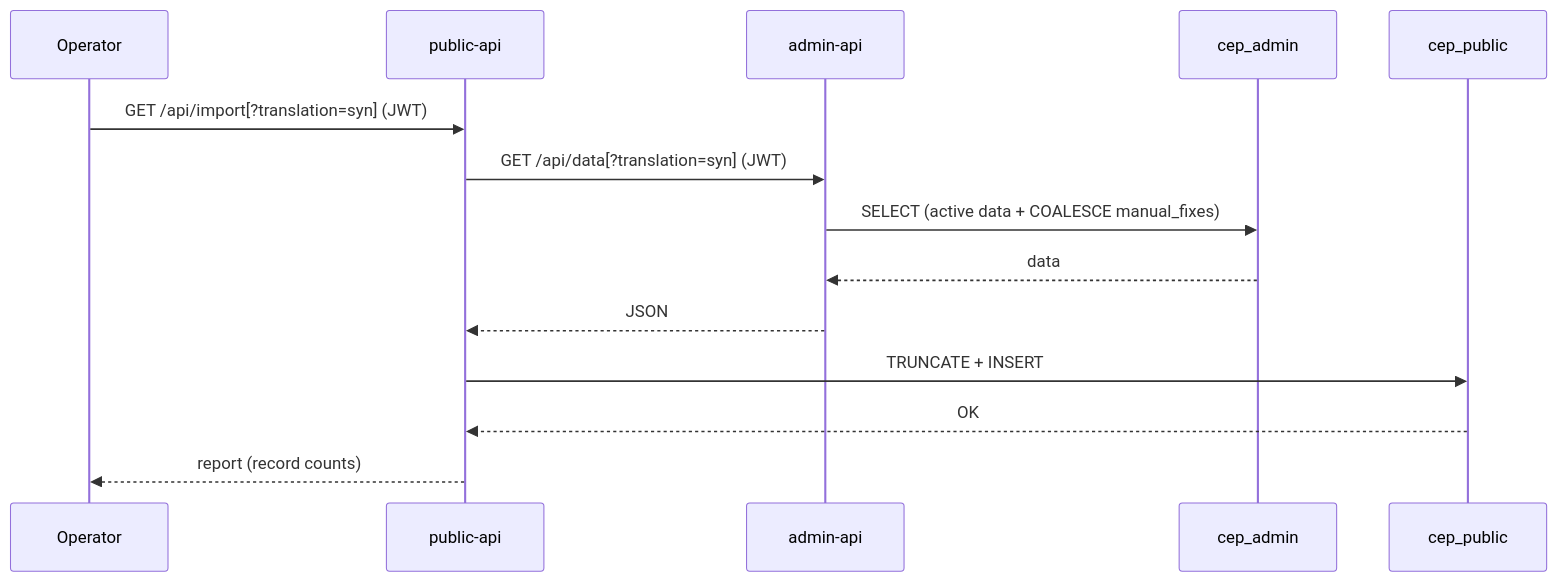
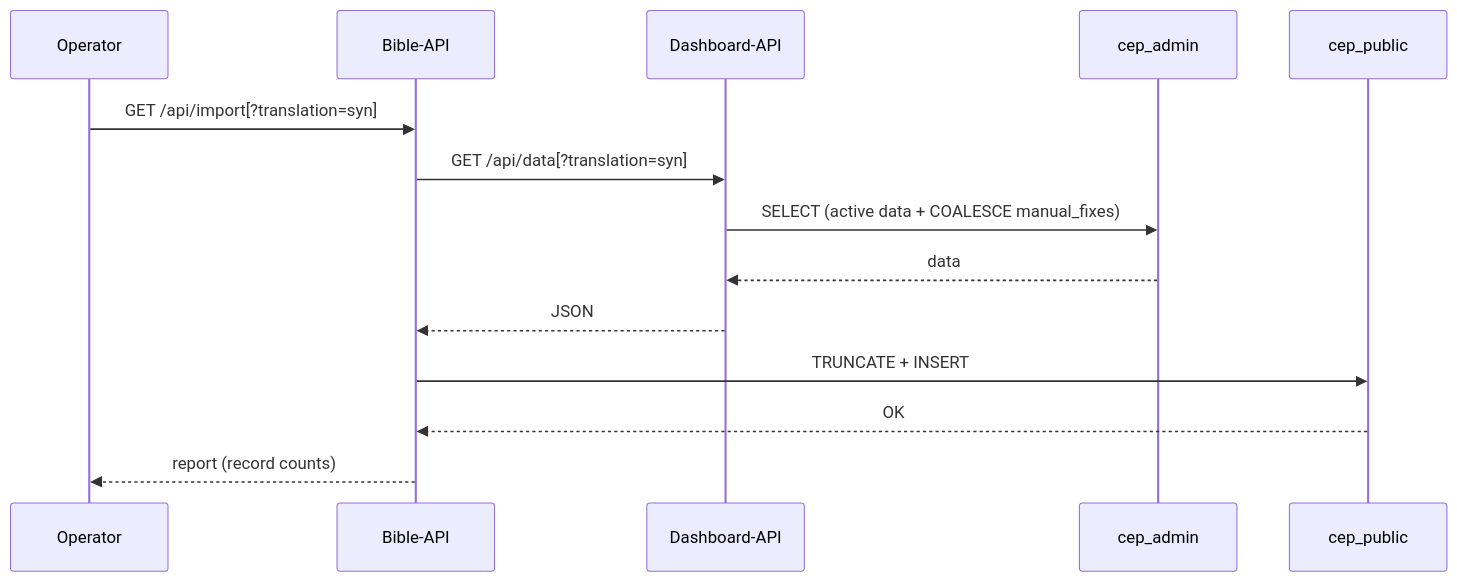
The fourth of 4 diagrams in architecture.md (Bible-Garden/Architecture), drawn with Mermaid before and after one commit. The commit also changed other lines of this file, not shown here.

First line of the commit message:
Update architecture to match GitHub repos and current state

````diff
--- a/architecture.md
+++ b/architecture.md
@@ -269,17 +344,17 @@
 ```mermaid
 sequenceDiagram
     participant Operator
-    participant Public as public-api
-    participant Admin as admin-api
+    participant Public as Bible-API
+    participant Admin as Dashboard-API
     participant CepAdmin as cep_admin
     participant CepPublic as cep_public
 
-    Operator->>Public: GET /api/import[?translation=syn] (JWT)
-    Public->>Admin: GET /api/data[?translation=syn] (JWT)
+    Operator->>Public: GET /api/import[?translation=syn]
+    Public->>Admin: GET /api/data[?translation=syn]
     Admin->>CepAdmin: SELECT (active data + COALESCE manual_fixes)
     CepAdmin-->>Admin: data
     Admin-->>Public: JSON
     Public->>CepPublic: TRUNCATE + INSERT
     CepPublic-->>Public: OK
     Public-->>Operator: report (record counts)
 ```
````
